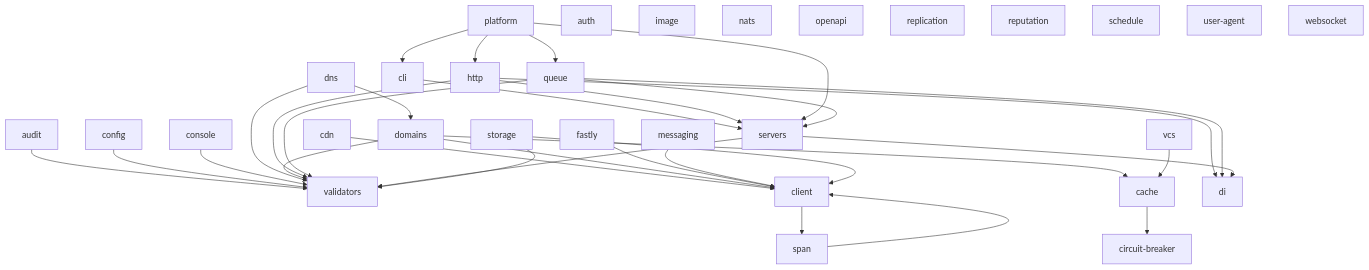
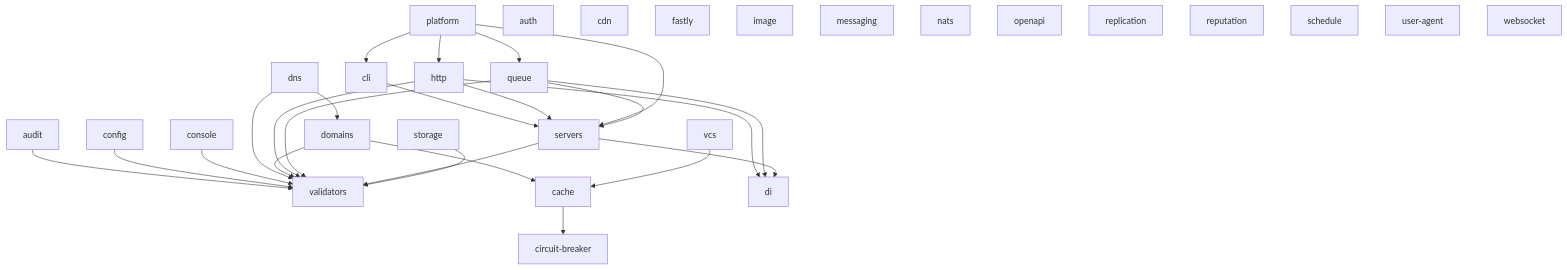
Before and after one commit to Neekoras/monorepo: the diagram in README.md, drawn with Mermaid. The commit also changed other lines of this file and 87 other files, not shown here.

First line of the commit message:
chore: retire client and span after their move to Appwrite

````diff
--- a/README.md
+++ b/README.md
@@ -52,42 +52,38 @@
 ```mermaid
 graph TD
     audit --> validators
     cache --> circuit-breaker
-    cdn --> client
     cli --> servers
-    client --> span
     config --> validators
     console --> validators
     dns --> validators
     dns --> domains
-    domains --> client
     domains --> validators
     domains --> cache
-    fastly --> client
     http --> di
     http --> servers
     http --> validators
-    messaging --> client
     platform --> cli
     platform --> http
     platform --> queue
     platform --> servers
     queue --> di
     queue --> servers
     queue --> validators
     servers --> di
     servers --> validators
-    span --> client
     storage --> validators
-    storage --> client
     vcs --> cache
     auth
+    cdn
+    fastly
     image
+    messaging
     nats
     openapi
     replication
     reputation
     schedule
     user-agent
     websocket
 ```
````
